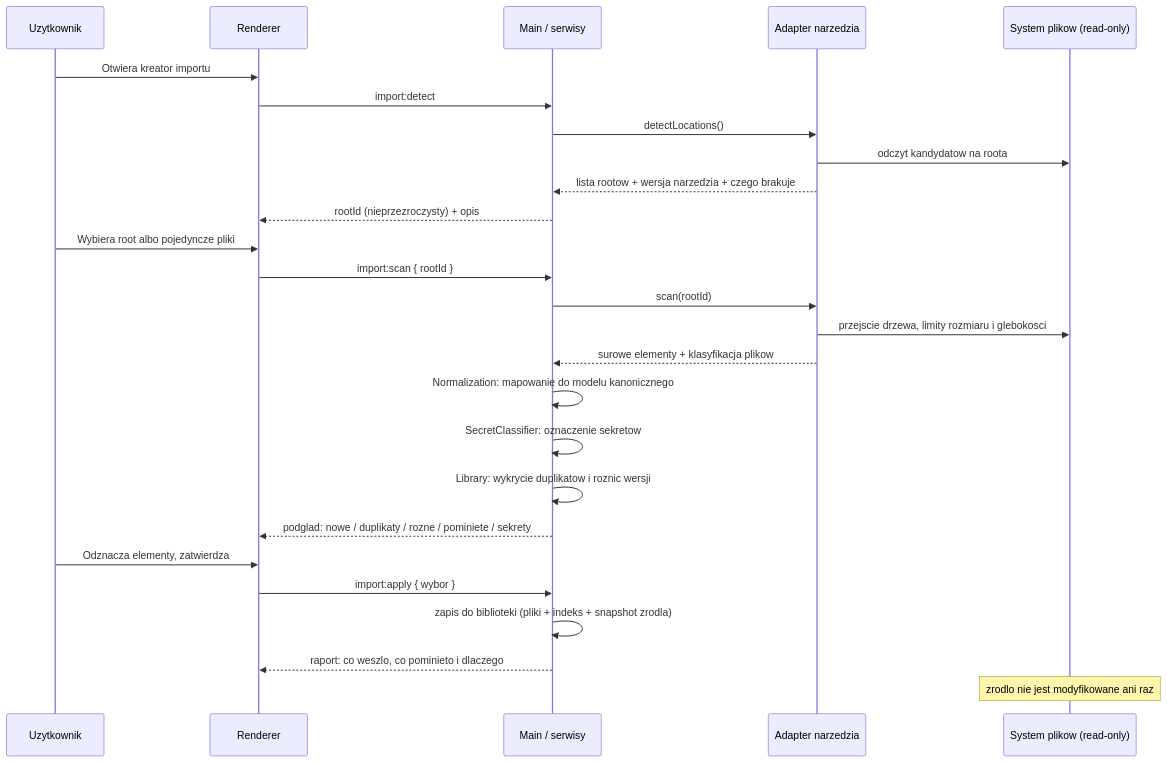
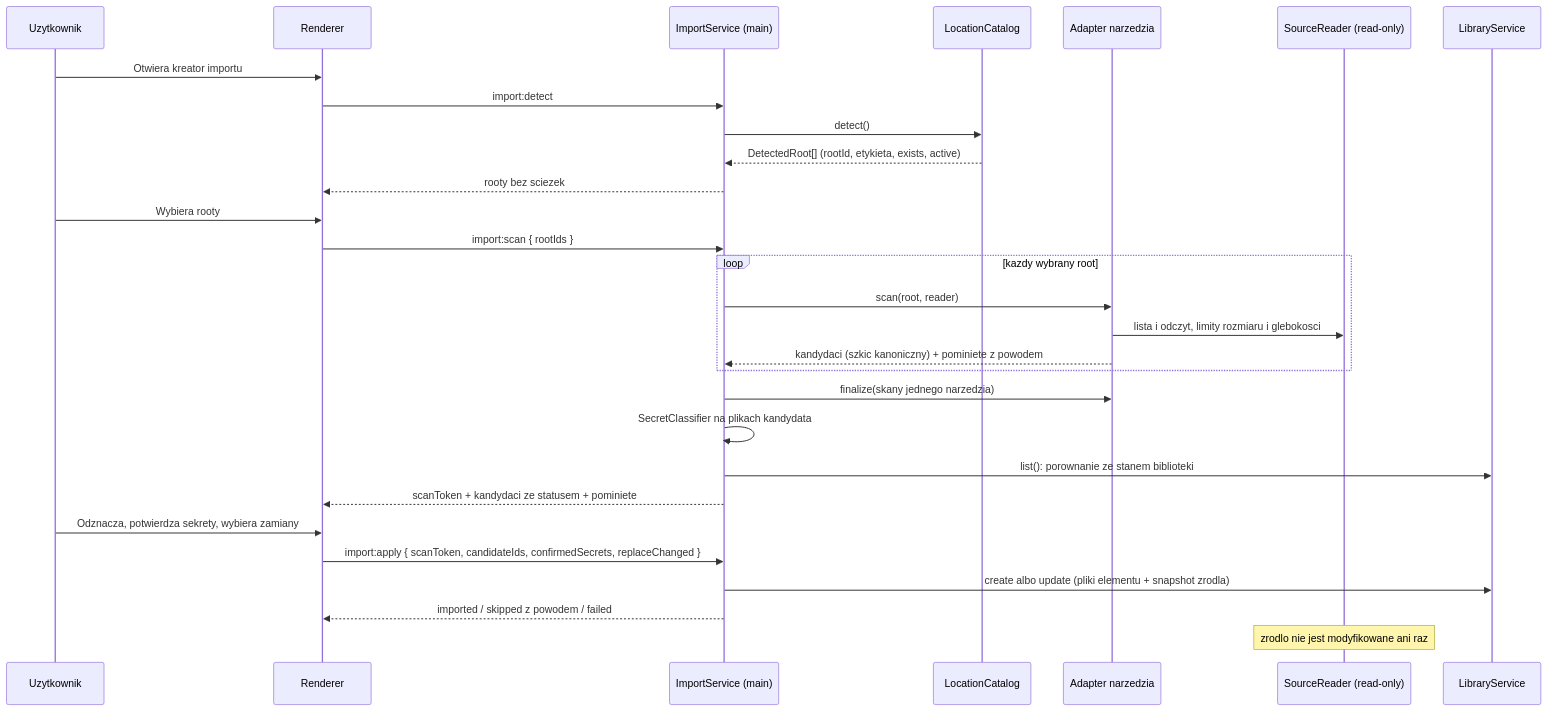
One commit to konradxmalinowski/cwm changed the second of 4 diagrams in docs/ARCHITECTURE.md. Above: the diagram before and after it, drawn with Mermaid. The commit also changed other lines of this file and 3 other files, not shown here.

````diff
--- a/docs/ARCHITECTURE.md
+++ b/docs/ARCHITECTURE.md
@@ -263,29 +264,32 @@
 ```mermaid
 sequenceDiagram
   participant U as Uzytkownik
   participant RD as Renderer
-  participant MN as Main / serwisy
+  participant MN as ImportService (main)
+  participant LC as LocationCatalog
   participant AD as Adapter narzedzia
-  participant FS as System plikow (read-only)
+  participant FS as SourceReader (read-only)
+  participant LB as LibraryService
 
   U->>RD: Otwiera kreator importu
   RD->>MN: import:detect
-  MN->>AD: detectLocations()
-  AD->>FS: odczyt kandydatow na roota
-  AD-->>MN: lista rootow + wersja narzedzia + czego brakuje
-  MN-->>RD: rootId (nieprzezroczysty) + opis
-  U->>RD: Wybiera root albo pojedyncze pliki
-  RD->>MN: import:scan { rootId }
-  MN->>AD: scan(rootId)
-  AD->>FS: przejscie drzewa, limity rozmiaru i glebokosci
-  AD-->>MN: surowe elementy + klasyfikacja plikow
-  MN->>MN: Normalization: mapowanie do modelu kanonicznego
-  MN->>MN: SecretClassifier: oznaczenie sekretow
-  MN->>MN: Library: wykrycie duplikatow i roznic wersji
-  MN-->>RD: podglad: nowe / duplikaty / rozne / pominiete / sekrety
-  U->>RD: Odznacza elementy, zatwierdza
-  RD->>MN: import:apply { wybor }
-  MN->>MN: zapis do biblioteki (pliki + indeks + snapshot zrodla)
-  MN-->>RD: raport: co weszlo, co pominieto i dlaczego
+  MN->>LC: detect()
+  LC-->>MN: DetectedRoot[] (rootId, etykieta, exists, active)
+  MN-->>RD: rooty bez sciezek
+  U->>RD: Wybiera rooty
+  RD->>MN: import:scan { rootIds }
+  loop kazdy wybrany root
+    MN->>AD: scan(root, reader)
+    AD->>FS: lista i odczyt, limity rozmiaru i glebokosci
+    AD-->>MN: kandydaci (szkic kanoniczny) + pominiete z powodem
+  end
+  MN->>AD: finalize(skany jednego narzedzia)
+  MN->>MN: SecretClassifier na plikach kandydata
+  MN->>LB: list(): porownanie ze stanem biblioteki
+  MN-->>RD: scanToken + kandydaci ze statusem + pominiete
+  U->>RD: Odznacza, potwierdza sekrety, wybiera zamiany
+  RD->>MN: import:apply { scanToken, candidateIds, confirmedSecrets, replaceChanged }
+  MN->>LB: create albo update (pliki elementu + snapshot zrodla)
+  MN-->>RD: imported / skipped z powodem / failed
   Note over FS: zrodlo nie jest modyfikowane ani raz
 ```
````
